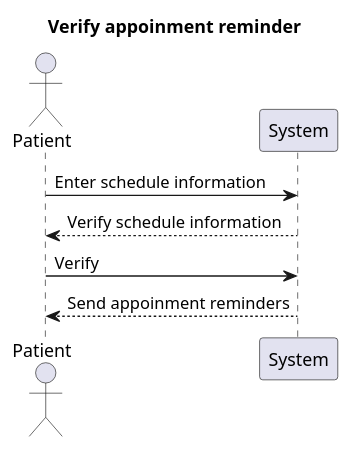
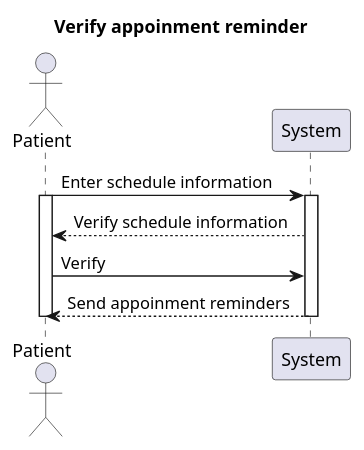
Before and after one commit to baonehe/SE357-Pratice-class: the diagram in Lab1.2/Sequence diagram/Code/Verify appoinment reminder_seq.wsd, drawn with PlantUML. The commit also changed 99 other files, not shown here.

Commit message:
Update sequence diagram

```diff
--- a/Lab1.2/Sequence diagram/Code/Verify appoinment reminder_seq.wsd
+++ b/Lab1.2/Sequence diagram/Code/Verify appoinment reminder_seq.wsd
@@ -1,10 +1,14 @@
 @startuml
 Title Verify appoinment reminder
 actor Patient
 participant System
 
 Patient-> System: Enter schedule information
+activate Patient
+activate System
 System --> Patient: Verify schedule information
 Patient -> System: Verify
 System --> Patient: Send appoinment reminders
+deactivate System
+deactivate Patient
 @enduml
```
